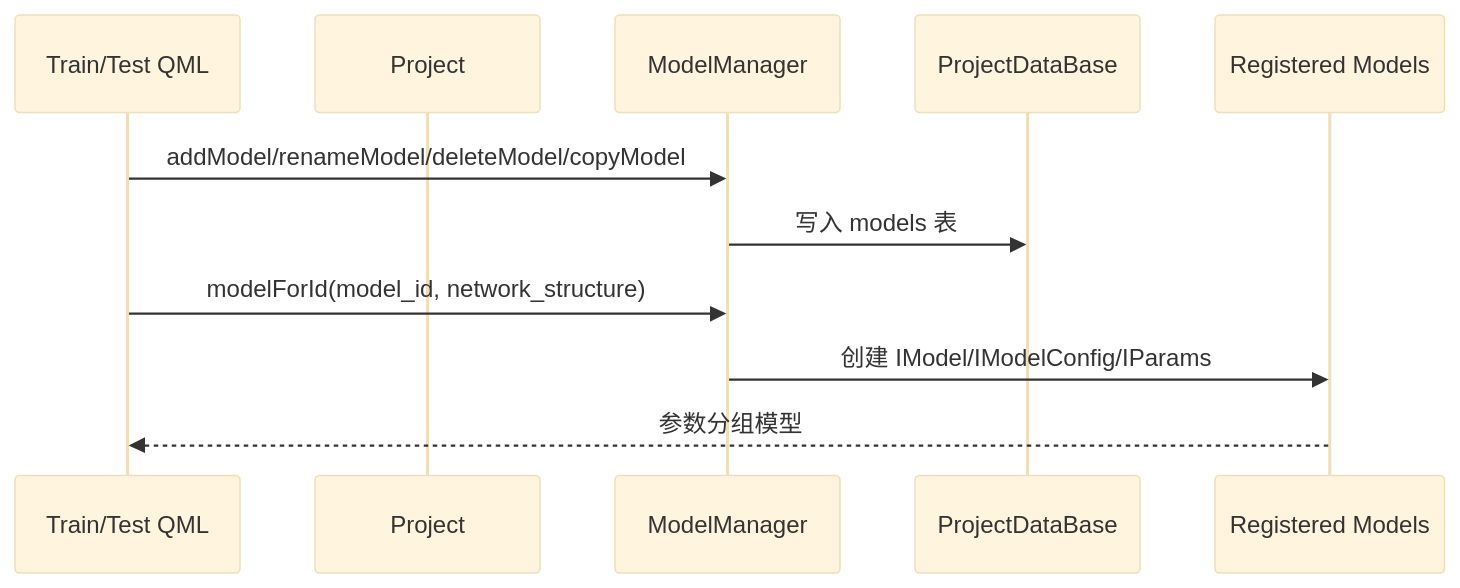
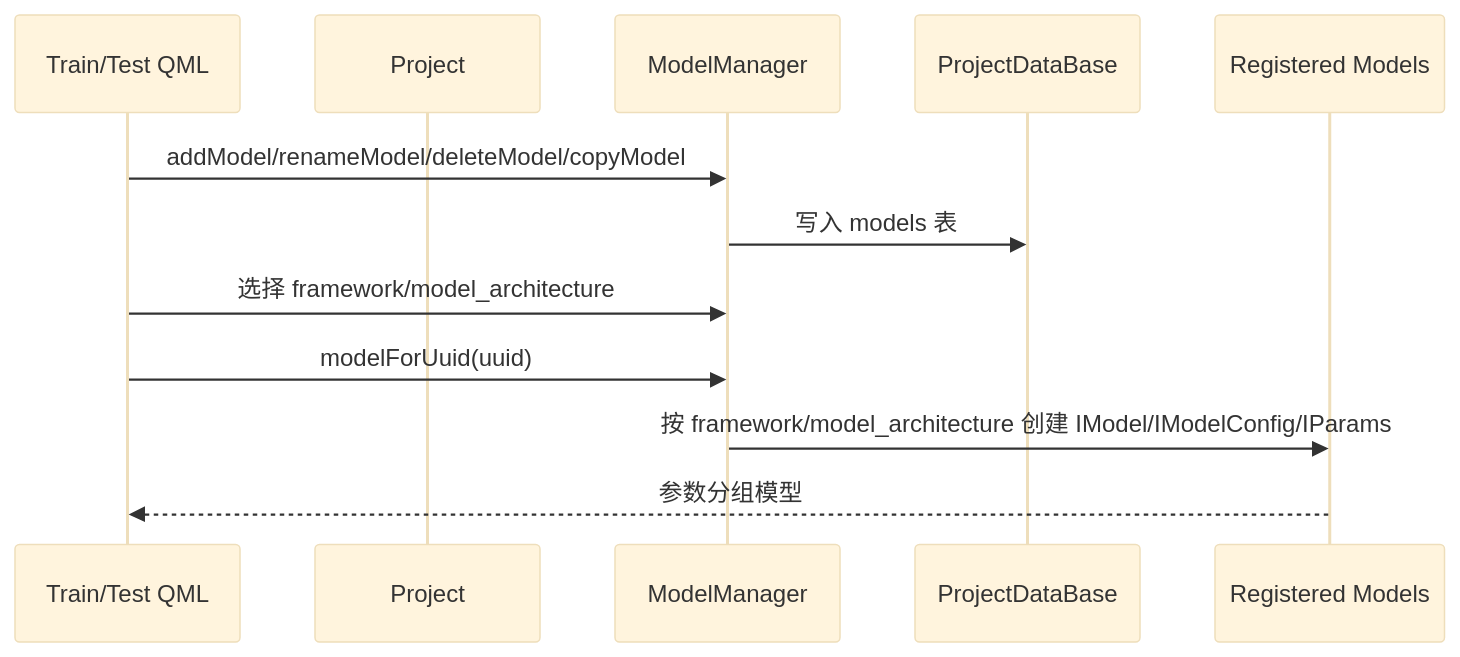
The third of 3 diagrams in docs/CODE_STRUCTURE.md (QWERDF007/DeepLearningTool), drawn with Mermaid (base theme) before and after one commit. The commit also changed other lines of this file and 48 other files, not shown here.

````diff
--- a/docs/CODE_STRUCTURE.md
+++ b/docs/CODE_STRUCTURE.md
@@ -415,14 +416,15 @@
 ```mermaid
 sequenceDiagram
   participant QML as Train/Test QML
   participant PM as Project
   participant MM as ModelManager
   participant DB as ProjectDataBase
   participant Registry as Registered Models
 
   QML->>MM: addModel/renameModel/deleteModel/copyModel
   MM->>DB: 写入 models 表
-  QML->>MM: modelForId(model_id, network_structure)
-  MM->>Registry: 创建 IModel/IModelConfig/IParams
+  QML->>MM: 选择 framework/model_architecture
+  QML->>MM: modelForUuid(uuid)
+  MM->>Registry: 按 framework/model_architecture 创建 IModel/IModelConfig/IParams
   Registry-->>QML: 参数分组模型
 ```
````
